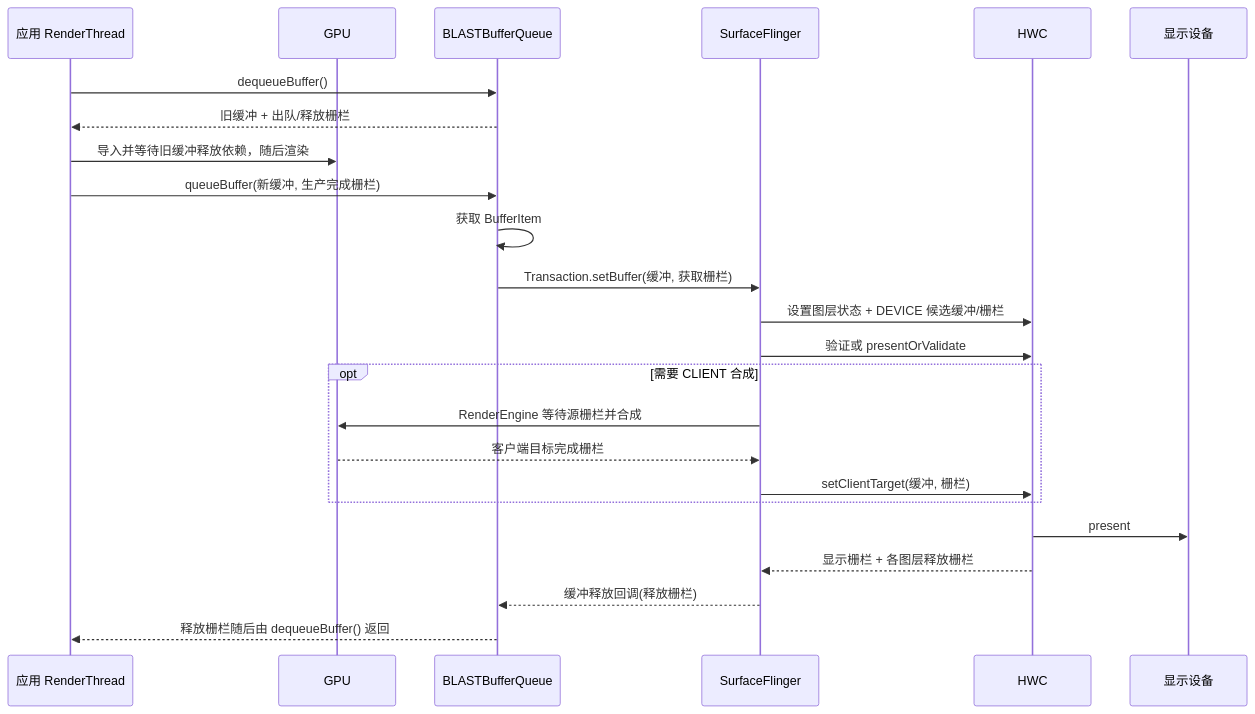
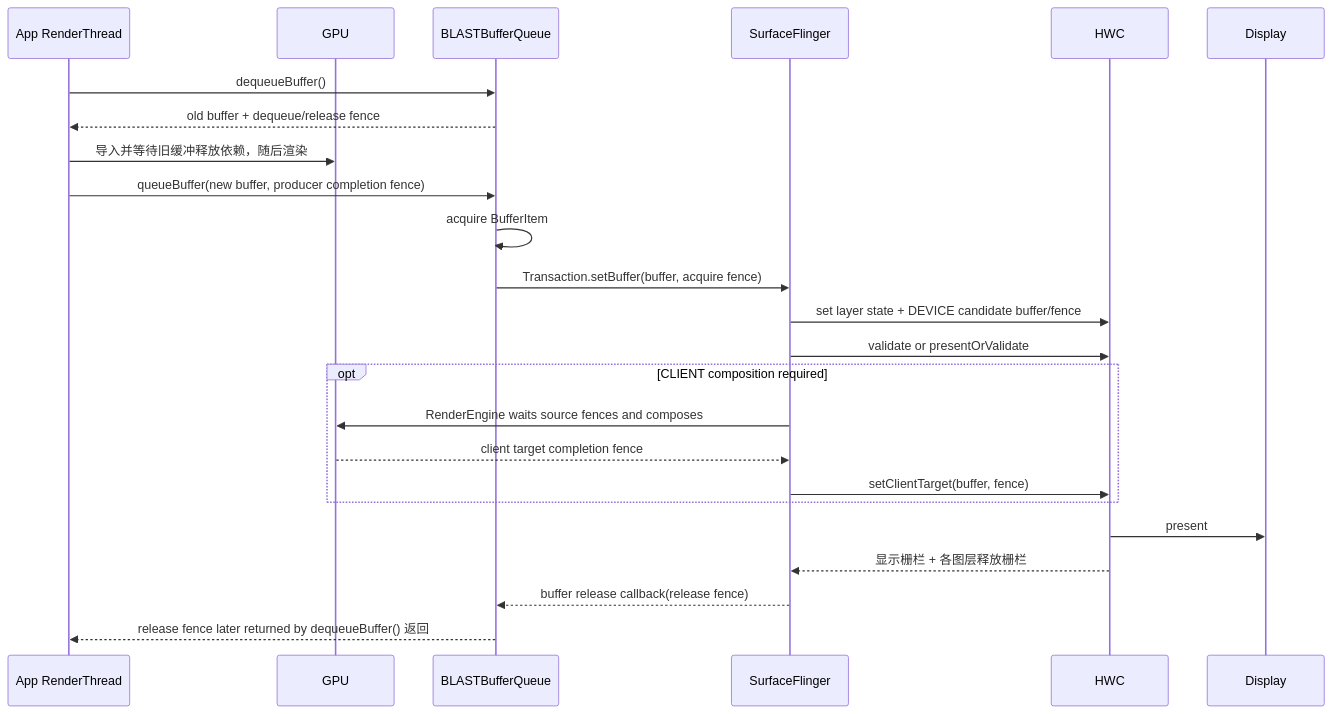
The diagram in src/part1-fundamentals/ch02-rendering/16-sync-fence.md (Gracker/android-internals-wiki), drawn with Mermaid before and after one commit. The commit also changed other lines of this file and 4 other files, not shown here.

````diff
--- a/src/part1-fundamentals/ch02-rendering/16-sync-fence.md
+++ b/src/part1-fundamentals/ch02-rendering/16-sync-fence.md
@@ -210,27 +210,27 @@
 ```mermaid
 sequenceDiagram
-    participant RT as 应用 RenderThread
+    participant RT as App RenderThread
     participant GPU
     participant BBQ as BLASTBufferQueue
     participant SF as SurfaceFlinger
     participant HWC
-    participant D as 显示设备
+    participant D as Display
 
     RT->>BBQ: dequeueBuffer()
-    BBQ-->>RT: 旧缓冲 + 出队/释放栅栏
+    BBQ-->>RT: old buffer + dequeue/release fence
     RT->>GPU: 导入并等待旧缓冲释放依赖，随后渲染
-    RT->>BBQ: queueBuffer(新缓冲, 生产完成栅栏)
-    BBQ->>BBQ: 获取 BufferItem
-    BBQ->>SF: Transaction.setBuffer(缓冲, 获取栅栏)
-    SF->>HWC: 设置图层状态 + DEVICE 候选缓冲/栅栏
-    SF->>HWC: 验证或 presentOrValidate
-    opt 需要 CLIENT 合成
-        SF->>GPU: RenderEngine 等待源栅栏并合成
-        GPU-->>SF: 客户端目标完成栅栏
-        SF->>HWC: setClientTarget(缓冲, 栅栏)
+    RT->>BBQ: queueBuffer(new buffer, producer completion fence)
+    BBQ->>BBQ: acquire BufferItem
+    BBQ->>SF: Transaction.setBuffer(buffer, acquire fence)
+    SF->>HWC: set layer state + DEVICE candidate buffer/fence
+    SF->>HWC: validate or presentOrValidate
+    opt CLIENT composition required
+        SF->>GPU: RenderEngine waits source fences and composes
+        GPU-->>SF: client target completion fence
+        SF->>HWC: setClientTarget(buffer, fence)
     end
     HWC->>D: present
     HWC-->>SF: 显示栅栏 + 各图层释放栅栏
-    SF-->>BBQ: 缓冲释放回调(释放栅栏)
-    BBQ-->>RT: 释放栅栏随后由 dequeueBuffer() 返回
+    SF-->>BBQ: buffer release callback(release fence)
+    BBQ-->>RT: release fence later returned by dequeueBuffer() 返回
 ```
````
